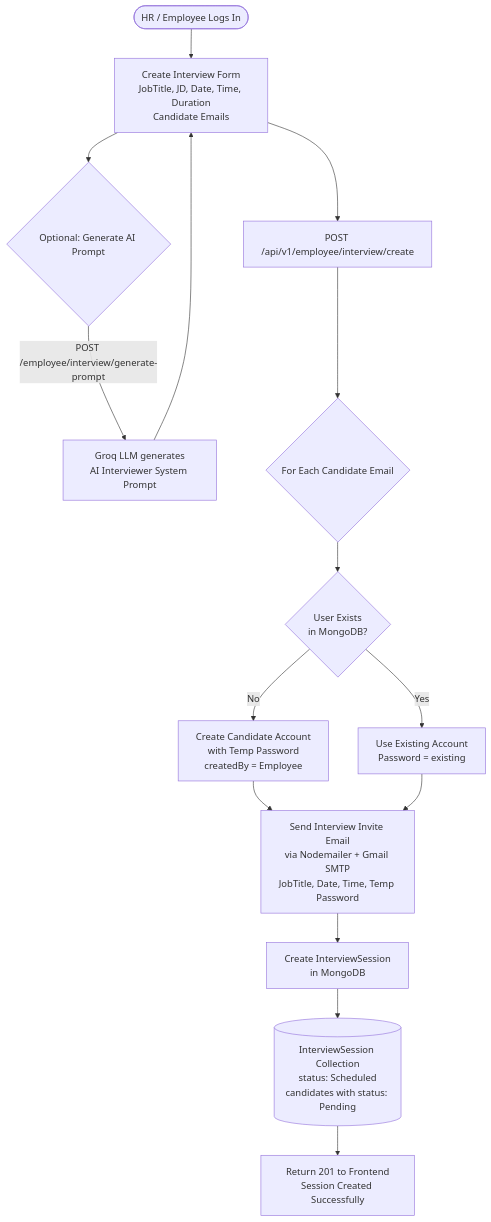
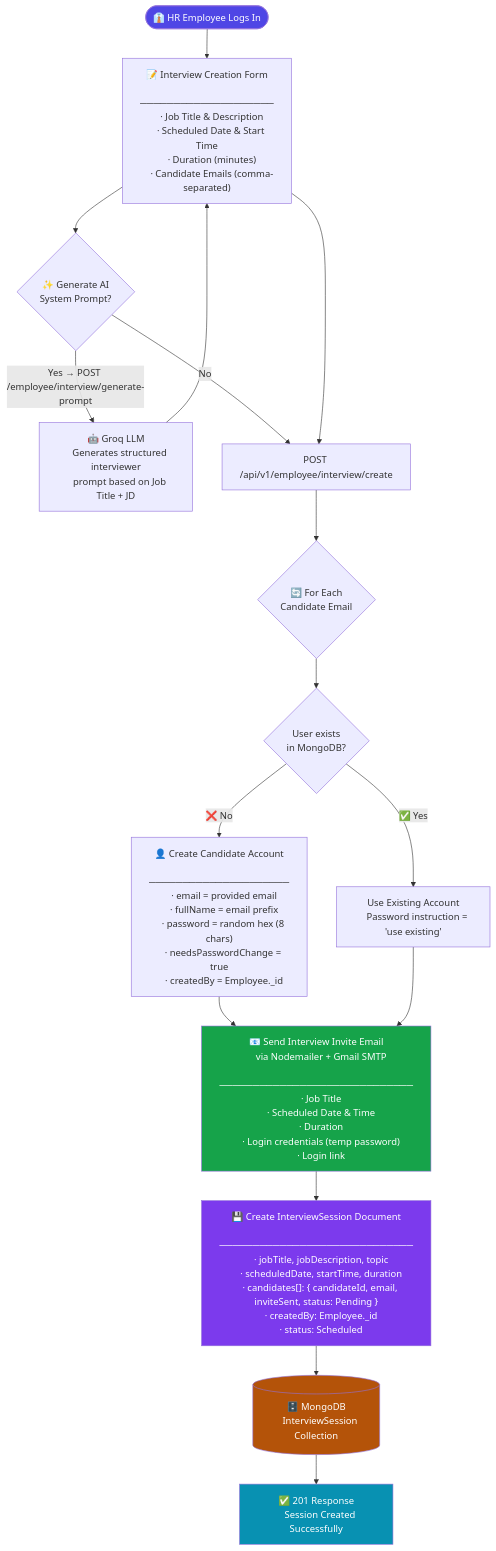
The second of 11 diagrams in VIRQA_AI_Flow_Diagram.md (Final-Year-Project-UCP/VIRQA-Project), drawn with Mermaid before and after one commit. The commit also changed other lines of this file and 42 other files, not shown here.

````diff
--- a/VIRQA_AI_Flow_Diagram.md
+++ b/VIRQA_AI_Flow_Diagram.md
@@ -21,22 +129,74 @@
 ```mermaid
 flowchart TD
-    A([HR / Employee Logs In]) --> B[Create Interview Form\nJobTitle, JD, Date, Time, Duration\nCandidate Emails]
-    B --> B2{Optional: Generate AI Prompt}
-    B2 -->|"POST /employee/interview/generate-prompt"| B3[Groq LLM generates\nAI Interviewer System Prompt]
-    B3 --> B
+    START(["👔 HR Employee Logs In"]) --> FORM
 
-    B --> C["POST /api/v1/employee/interview/create"]
-    C --> D{For Each Candidate Email}
+    FORM["📝 Interview Creation Form
+    ────────────────────
+    · Job Title & Description
+    · Scheduled Date & Start Time
+    · Duration (minutes)
+    · Candidate Emails (comma-separated)"]
 
-    D --> E{User Exists\nin MongoDB?}
-    E -->|No| F[Create Candidate Account\nwith Temp Password\ncreatedBy = Employee]
-    E -->|Yes| G[Use Existing Account\nPassword = existing]
+    FORM --> PROMPT_Q{✨ Generate AI
+    System Prompt?}
 
-    F --> H[Send Interview Invite Email\nvia Nodemailer + Gmail SMTP\nJobTitle, Date, Time, Temp Password]
-    G --> H
+    PROMPT_Q -->|"Yes → POST /employee/interview/generate-prompt"| LLM
+    LLM["🤖 Groq LLM
+    Generates structured interviewer
+    prompt based on Job Title + JD"]
+    LLM --> FORM
 
-    H --> I[Create InterviewSession\nin MongoDB]
-    I --> J[(InterviewSession Collection\nstatus: Scheduled\ncandidates with status: Pending)]
+    PROMPT_Q -->|No| SUBMIT
 
-    J --> K[Return 201 to Frontend\nSession Created Successfully]
+    FORM --> SUBMIT["POST /api/v1/employee/interview/create"]
+    SUBMIT --> LOOP{🔄 For Each
+    Candidate Email}
+
+    LOOP --> EXISTS{User exists
+    in MongoDB?}
+
+    EXISTS -->|"❌ No"| CREATE
+    CREATE["👤 Create Candidate Account
+    ─────────────────────
+    · email = provided email
+    · fullName = email prefix
+    · password = random hex (8 chars)
+    · needsPasswordChange = true
+    · createdBy = Employee._id"]
+
+    EXISTS -->|"✅ Yes"| EXISTING
+    EXISTING["Use Existing Account
+    Password instruction = 'use existing'"]
+
+    CREATE --> EMAIL
+    EXISTING --> EMAIL
+
+    EMAIL["📧 Send Interview Invite Email
+    via Nodemailer + Gmail SMTP
+    ─────────────────────────────
+    · Job Title
+    · Scheduled Date & Time
+    · Duration
+    · Login credentials (temp password)
+    · Login link"]
+
+    EMAIL --> SESSION_CREATE
+    SESSION_CREATE["💾 Create InterviewSession Document
+    ─────────────────────────────
+    · jobTitle, jobDescription, topic
+    · scheduledDate, startTime, duration
+    · candidates[]: { candidateId, email, inviteSent, status: Pending }
+    · createdBy: Employee._id
+    · status: Scheduled"]
+
+    SESSION_CREATE --> DB[("🗄️ MongoDB
+    InterviewSession Collection")]
+    DB --> SUCCESS["✅ 201 Response
+    Session Created Successfully"]
+
+    style START fill:#4f46e5,color:#fff
+    style EMAIL fill:#16a34a,color:#fff
+    style DB fill:#b45309,color:#fff
+    style SUCCESS fill:#0891b2,color:#fff
+    style SESSION_CREATE fill:#7c3aed,color:#fff
 ```
````
